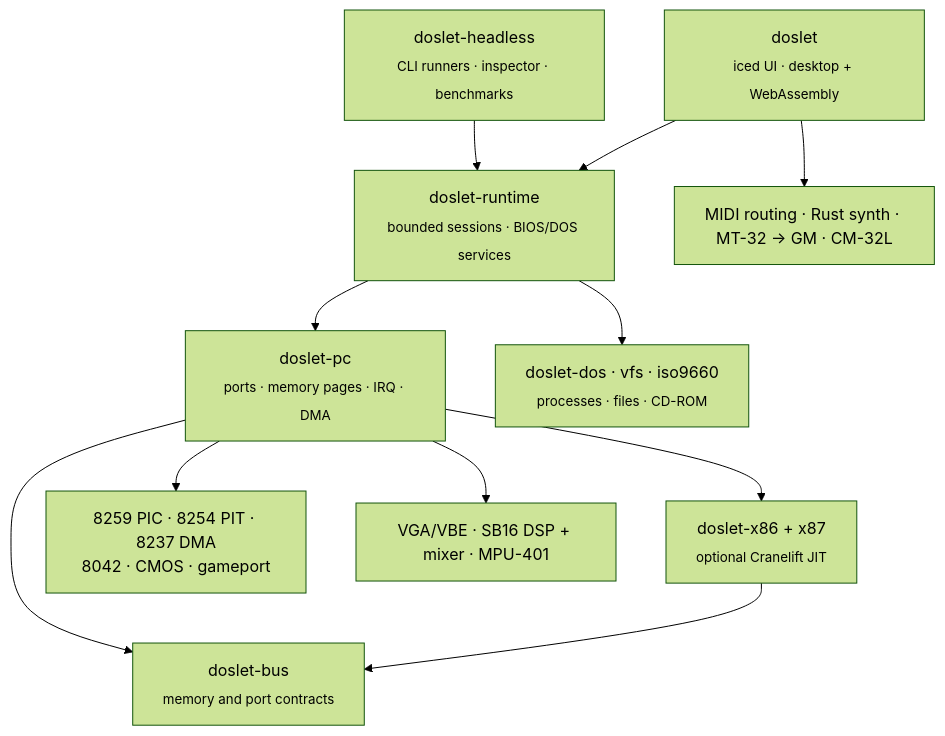
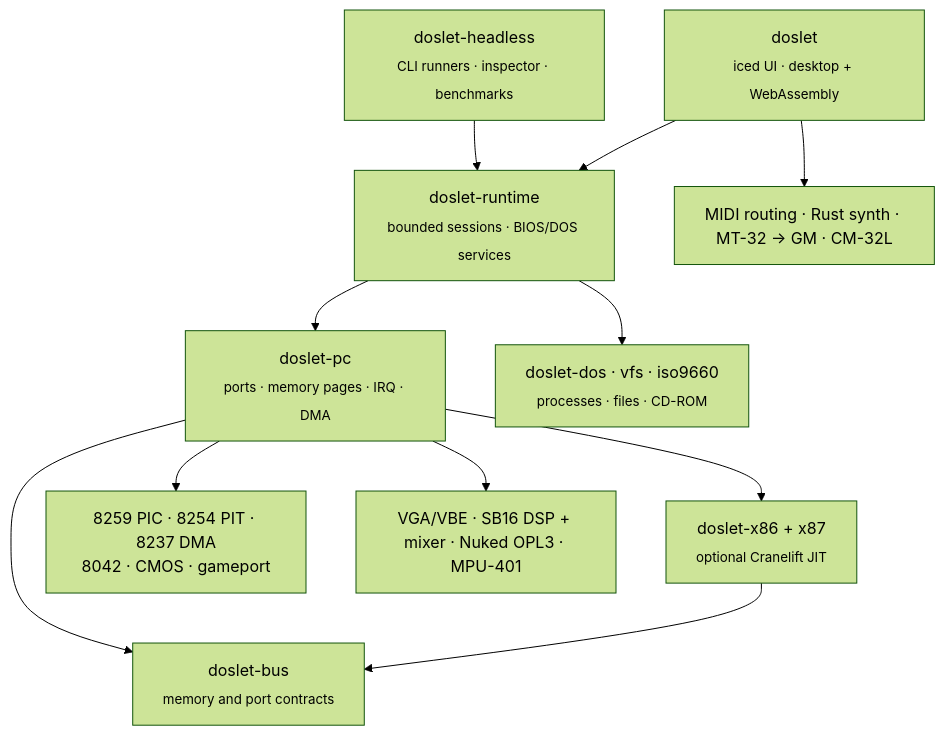
One commit to prekucki/doslet changed the diagram in README.md. Above: the diagram before and after it, drawn with Mermaid (forest theme). The commit also changed other lines of this file and 56 other files, not shown here.

````diff
--- a/README.md
+++ b/README.md
@@ -142,13 +147,13 @@
 ```mermaid
 flowchart TD
   App["doslet<br/><sub>iced UI · desktop + WebAssembly</sub>"] --> Runtime
   Headless["doslet-headless<br/><sub>CLI runners · inspector · benchmarks</sub>"] --> Runtime
   Runtime["doslet-runtime<br/><sub>bounded sessions · BIOS/DOS services</sub>"] --> PC
   Runtime --> DOS["doslet-dos · vfs · iso9660<br/><sub>processes · files · CD-ROM</sub>"]
   PC["doslet-pc<br/><sub>ports · memory pages · IRQ · DMA</sub>"] --> CPU["doslet-x86 + x87<br/><sub>optional Cranelift JIT</sub>"]
   PC --> Chips["8259 PIC · 8254 PIT · 8237 DMA<br/>8042 · CMOS · gameport"]
-  PC --> AV["VGA/VBE · SB16 DSP + mixer · MPU-401"]
+  PC --> AV["VGA/VBE · SB16 DSP + mixer · Nuked OPL3 · MPU-401"]
   CPU --> Bus["doslet-bus<br/><sub>memory and port contracts</sub>"]
   PC --> Bus
   App --> Audio["MIDI routing · Rust synth · MT-32 → GM · CM-32L"]
 ```
````
